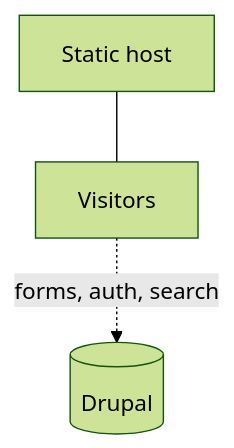
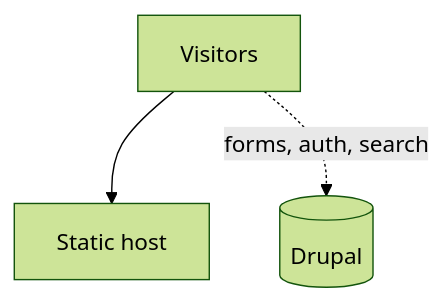
One commit to druxt/druxt.js changed the second of 3 diagrams in docs/nuxt/content/explanation/deployment-models.md. Above: the diagram before and after it, drawn with Mermaid (forest theme). The commit also changed other lines of this file and 3 other files, not shown here.

Commit message:
docs: apply the diagram design round to the mermaid sources

````diff
--- a/docs/nuxt/content/explanation/deployment-models.md
+++ b/docs/nuxt/content/explanation/deployment-models.md
@@ -51,6 +34,6 @@
 ```mermaid
-%% Static plus live backend: pages from the static host, live features from Drupal
+%% Static plus live backend
 flowchart TB
-  H2[Static host] --- V2[Visitors]
+  V2[Visitors] --> H2[Static host]
   V2 -.->|"forms, auth, search"| D2[(Drupal)]
 ```
````
